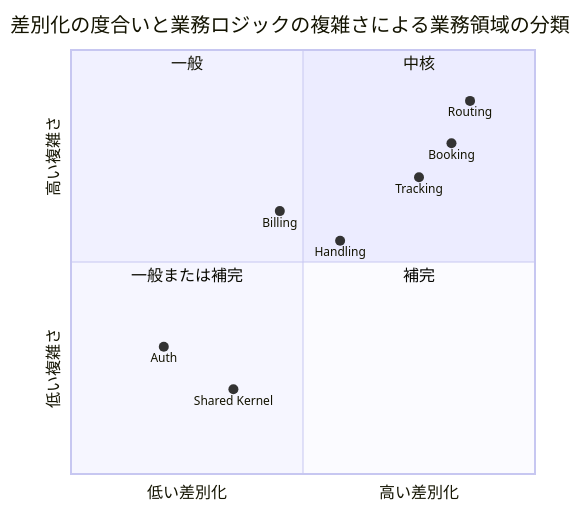
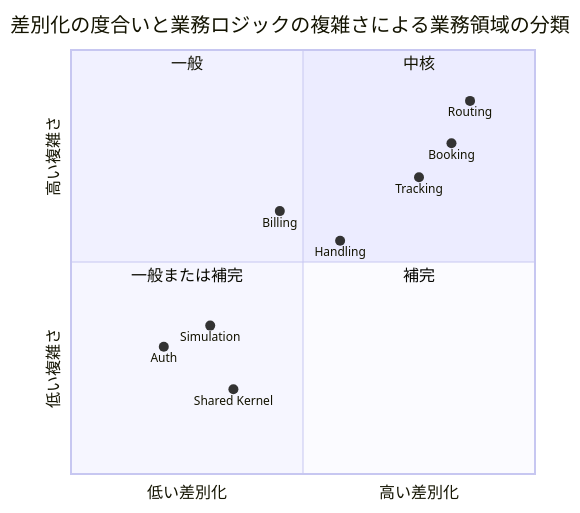
The first of 14 diagrams in docs/design/cargo-tracker/domain-model.md (k2works/case-study-cargo-tracker), drawn with Mermaid before and after one commit. The commit also changed other lines of this file and 2 other files, not shown here.

````diff
--- a/docs/design/cargo-tracker/domain-model.md
+++ b/docs/design/cargo-tracker/domain-model.md
@@ -31,17 +31,18 @@
 ```mermaid
 quadrantChart
     title 差別化の度合いと業務ロジックの複雑さによる業務領域の分類
     x-axis "低い差別化" --> "高い差別化"
     y-axis "低い複雑さ" --> "高い複雑さ"
     quadrant-1 "中核"
     quadrant-2 "一般"
     quadrant-3 "一般または補完"
     quadrant-4 "補完"
     "Booking": [0.82, 0.78]
     "Routing": [0.86, 0.88]
     "Tracking": [0.75, 0.70]
     "Handling": [0.58, 0.55]
     "Billing": [0.45, 0.62]
     "Auth": [0.20, 0.30]
+    "Simulation": [0.30, 0.35]
     "Shared Kernel": [0.35, 0.20]
 ```
````
